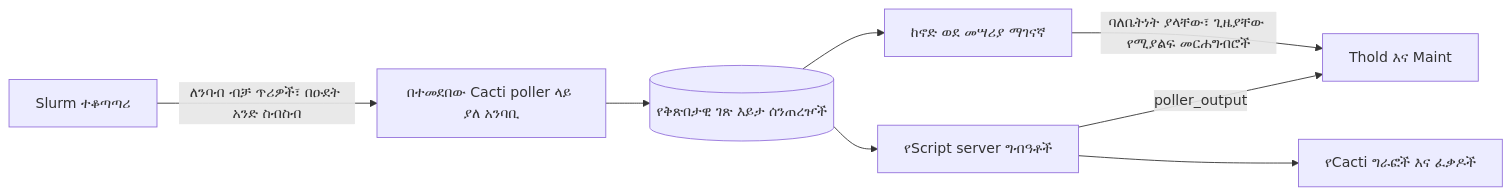
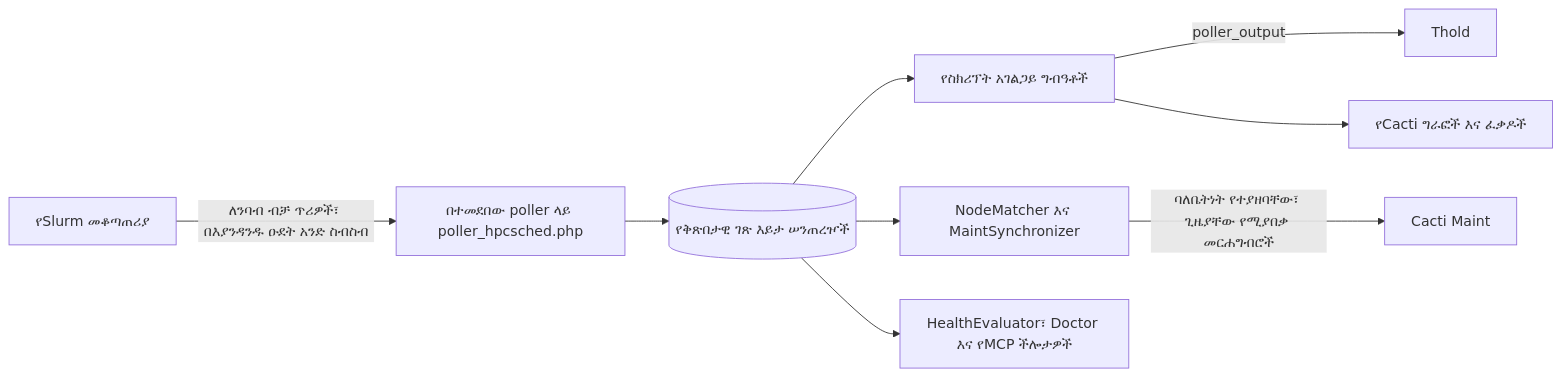
One commit to somethingwithproof/plugin_hpcsched changed the diagram in docs/i18n/am-ET/README.md. Above: the diagram before and after it, drawn with Mermaid. The commit also changed other lines of this file and 48 other files, not shown here.

````diff
--- a/docs/i18n/am-ET/README.md
+++ b/docs/i18n/am-ET/README.md
@@ -99,10 +163,11 @@
 ```mermaid
 flowchart LR
-    S[Slurm ተቆጣጣሪ] -->|ለንባብ ብቻ ጥሪዎች፣ በዑደት አንድ ስብስብ| R[በተመደበው Cacti poller ላይ ያለ አንባቢ]
-    R --> SNAP[(የቅጽበታዊ ገጽ እይታ ሰንጠረዦች)]
-    SNAP --> SS[የScript server ግብዓቶች]
-    SS -->|poller_output| T[Thold እና Maint]
+    S[የSlurm መቆጣጠሪያ] -->|ለንባብ ብቻ ጥሪዎች፣ በእያንዳንዱ ዑደት አንድ ስብስብ| R[በተመደበው poller ላይ poller_hpcsched.php]
+    R --> SNAP[(የቅጽበታዊ ገጽ እይታ ሠንጠረዦች)]
+    SNAP --> SS[የስክሪፕት አገልጋይ ግብዓቶች]
+    SS -->|poller_output| T[Thold]
     SS --> G[የCacti ግራፎች እና ፈቃዶች]
-    SNAP --> MAP[ከኖድ ወደ መሣሪያ ማገናኛ]
-    MAP -->|ባለቤትነት ያላቸው፣ ጊዜያቸው የሚያልፍ መርሐግብሮች| T
+    SNAP --> MAP[NodeMatcher እና MaintSynchronizer]
+    MAP -->|ባለቤትነት የተያዘባቸው፣ ጊዜያቸው የሚያበቃ መርሐግብሮች| M[Cacti Maint]
+    SNAP --> H[HealthEvaluator፣ Doctor እና የMCP ችሎታዎች]
 ```
````
